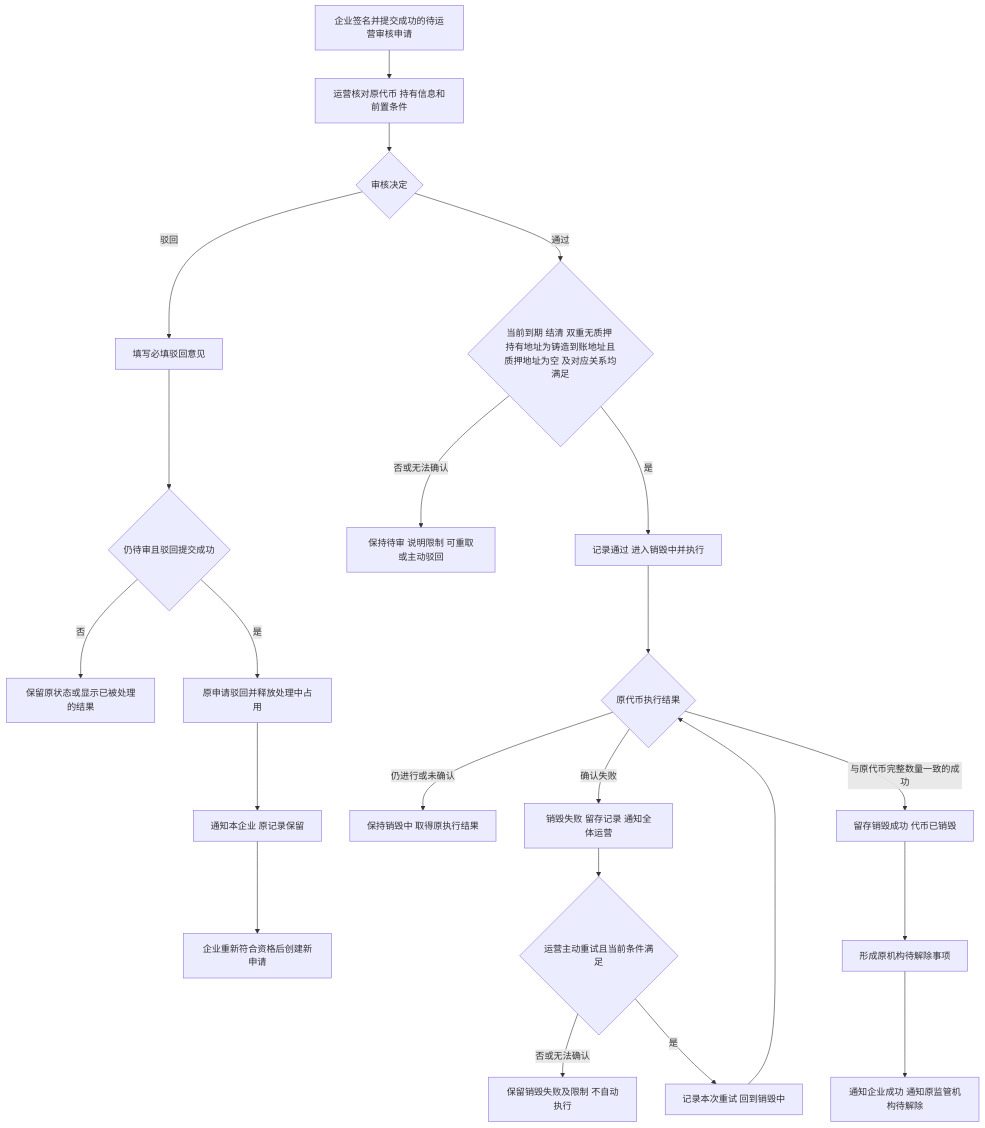
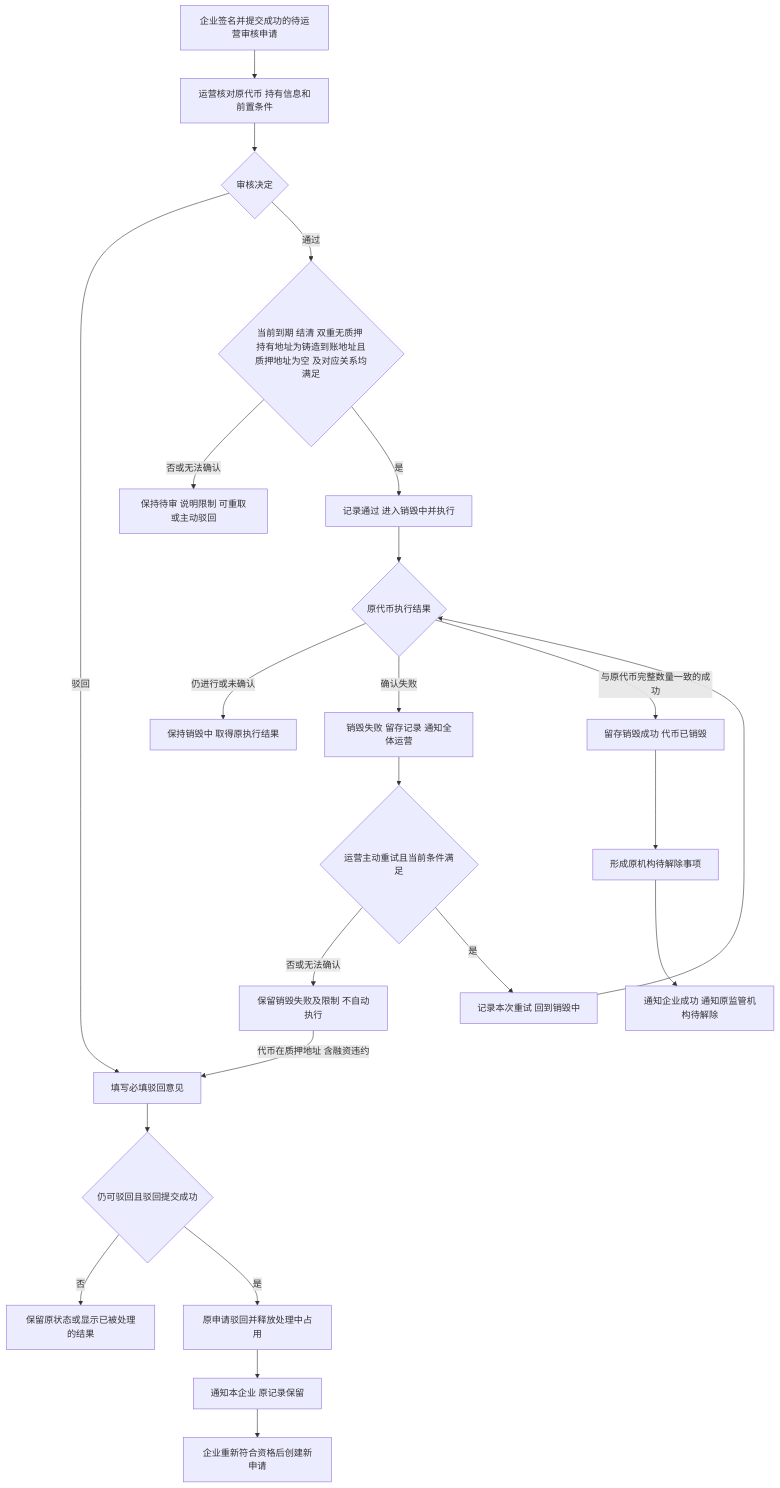
Before and after one commit to wxblockchain/Chain-Financing: the first of 4 diagrams in token-issuance-platform/PRD/管理端/M4b-销毁审核与解除质押/02-销毁审核与解除质押-流程图与状态机.md, drawn with Mermaid. The commit also changed other lines of this file and 6 other files, not shown here.

````diff
--- a/token-issuance-platform/PRD/管理端/M4b-销毁审核与解除质押/02-销毁审核与解除质押-流程图与状态机.md
+++ b/token-issuance-platform/PRD/管理端/M4b-销毁审核与解除质押/02-销毁审核与解除质押-流程图与状态机.md
@@ -17,24 +17,25 @@
 ```mermaid
 flowchart TD
     A[企业签名并提交成功的待运营审核申请] --> B[运营核对原代币 持有信息和前置条件]
     B --> C{审核决定}
     C -->|驳回| D[填写必填驳回意见]
-    D --> E{仍待审且驳回提交成功}
+    D --> E{仍可驳回且驳回提交成功}
     E -->|否| F[保留原状态或显示已被处理的结果]
     E -->|是| G[原申请驳回并释放处理中占用]
     G --> H[通知本企业 原记录保留]
     H --> I[企业重新符合资格后创建新申请]
     C -->|通过| J{当前到期 结清 双重无质押 持有地址为铸造到账地址且质押地址为空 及对应关系均满足}
     J -->|否或无法确认| K[保持待审 说明限制 可重取或主动驳回]
     J -->|是| L[记录通过 进入销毁中并执行]
     L --> M{原代币执行结果}
     M -->|仍进行或未确认| N[保持销毁中 取得原执行结果]
     M -->|确认失败| O[销毁失败 留存记录 通知全体运营]
     O --> P{运营主动重试且当前条件满足}
     P -->|否或无法确认| Q[保留销毁失败及限制 不自动执行]
+    Q -->|代币在质押地址 含融资违约| D
     P -->|是| R[记录本次重试 回到销毁中]
     R --> M
     M -->|与原代币完整数量一致的成功| S[留存销毁成功 代币已销毁]
     S --> T[形成原机构待解除事项]
     T --> U[通知企业成功 通知原监管机构待解除]
 ```
````
